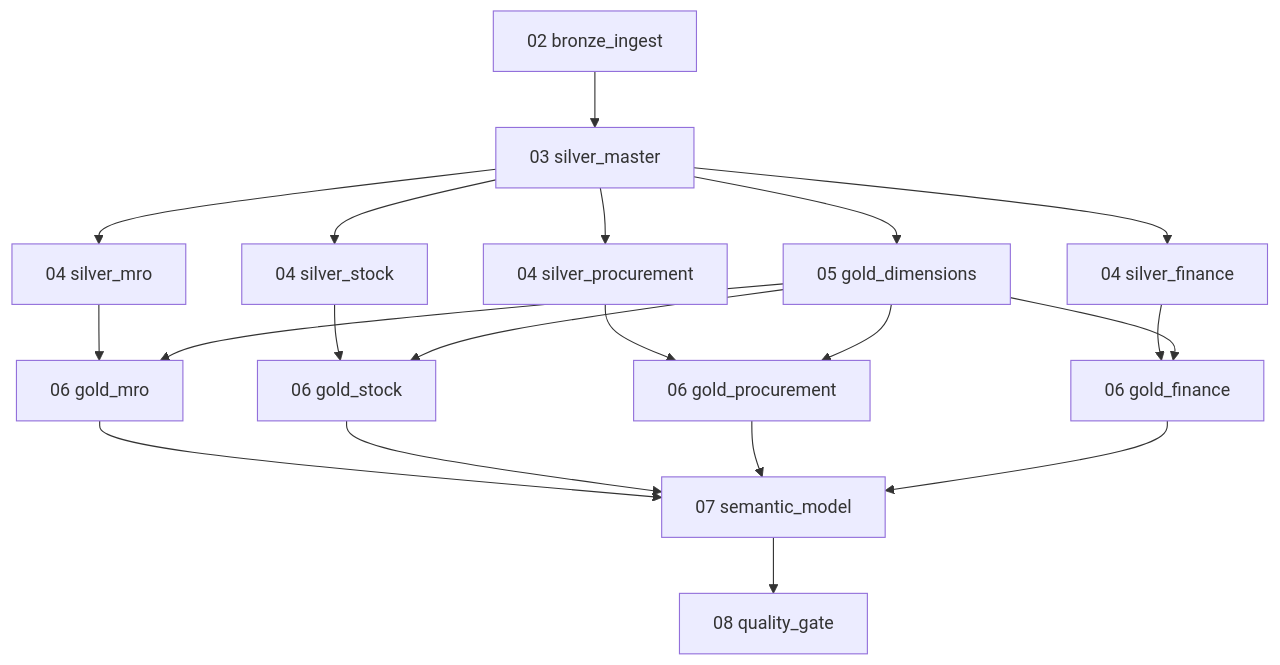
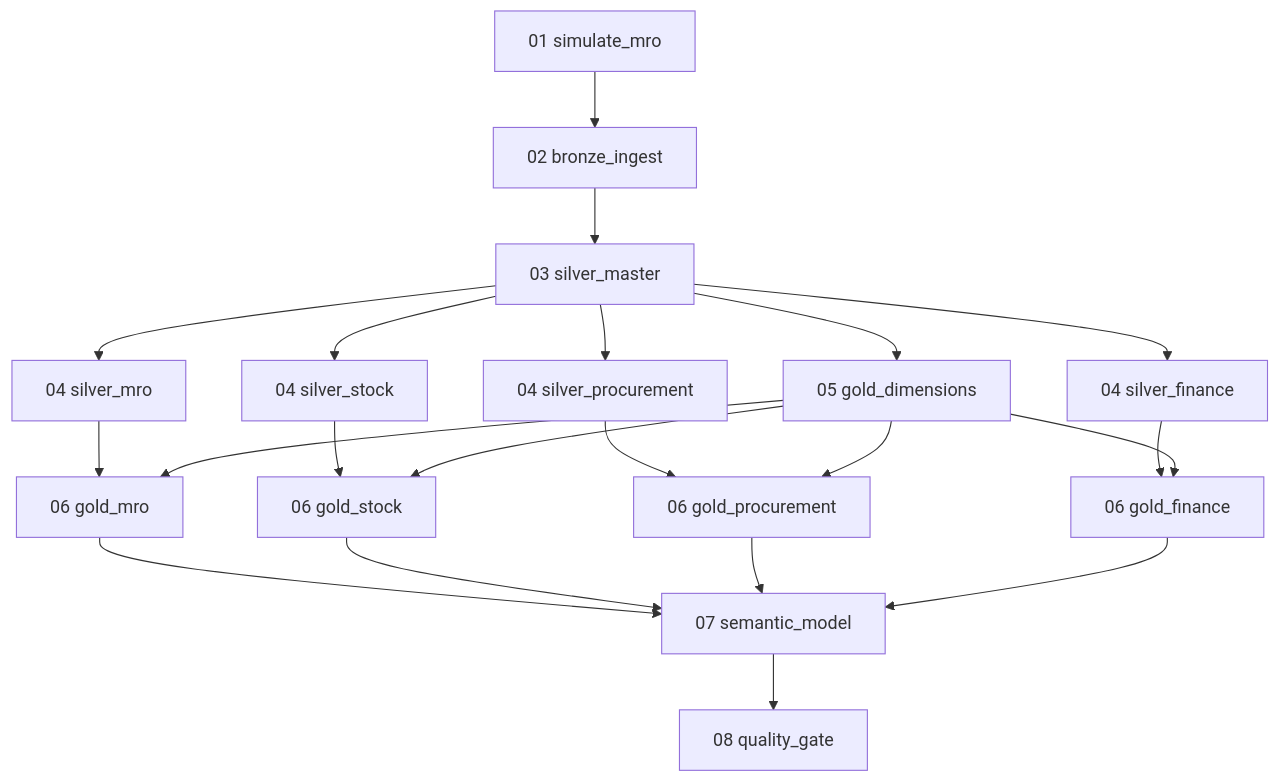
One commit to brunolnetto/mro-job-as-code changed the diagram in README.md. Above: the diagram before and after it, drawn with Mermaid. The commit also changed other lines of this file and 6 other files, not shown here.

````diff
--- a/README.md
+++ b/README.md
@@ -1268,29 +885,30 @@
 ```mermaid
 flowchart TD
-    B["02 bronze_ingest"] --> C["03 silver_master"]
+    A[01 simulate_mro] --> B[02 bronze_ingest]
+    B --> C[03 silver_master]
 
-    C --> D1["04 silver_mro"]
-    C --> D2["04 silver_stock"]
-    C --> D3["04 silver_procurement"]
-    C --> D4["04 silver_finance"]
-    C --> E["05 gold_dimensions"]
+    C --> D1[04 silver_mro]
+    C --> D2[04 silver_stock]
+    C --> D3[04 silver_procurement]
+    C --> D4[04 silver_finance]
+    C --> E[05 gold_dimensions]
 
-    D1 --> F1["06 gold_mro"]
+    D1 --> F1[06 gold_mro]
     E --> F1
 
-    D2 --> F2["06 gold_stock"]
+    D2 --> F2[06 gold_stock]
     E --> F2
 
-    D3 --> F3["06 gold_procurement"]
+    D3 --> F3[06 gold_procurement]
     E --> F3
 
-    D4 --> F4["06 gold_finance"]
+    D4 --> F4[06 gold_finance]
     E --> F4
 
-    F1 --> G["07 semantic_model"]
+    F1 --> G[07 semantic_model]
     F2 --> G
     F3 --> G
     F4 --> G
 
-    G --> H["08 quality_gate"]
+    G --> H[08 quality_gate]
 ```
````
